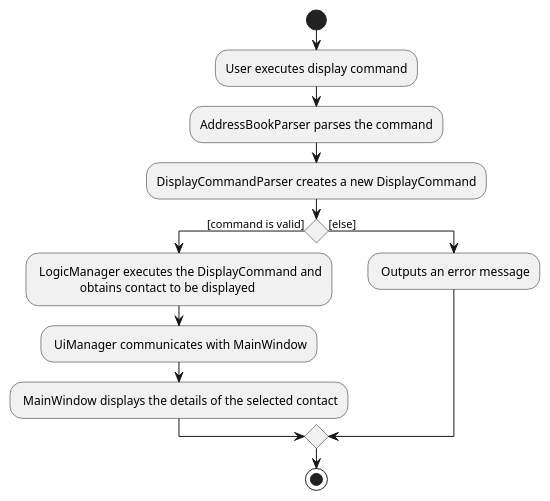
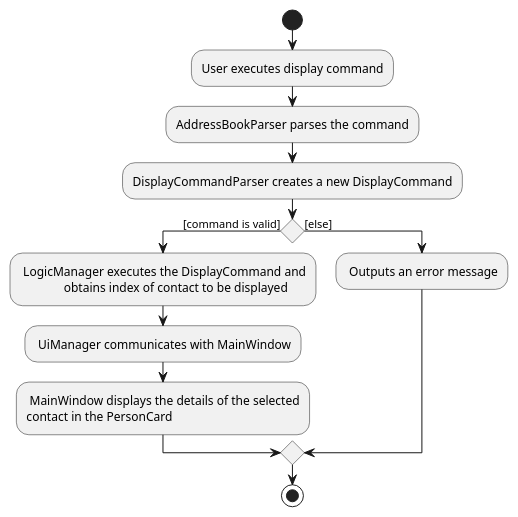
One commit to pranav-ganesh/tp changed the diagram in docs/diagrams/DisplayActivityDiagram.puml. Above: the diagram before and after it, drawn with PlantUML. The commit also changed 2 other files, not shown here.

```diff
--- a/docs/diagrams/DisplayActivityDiagram.puml
+++ b/docs/diagrams/DisplayActivityDiagram.puml
@@ -1,19 +1,20 @@
 @startuml
 start
 :User executes display command;
 
 'Since the beta syntax does not support placing the condition outside the
 'diamond we place it as the true branch instead.
 
 :AddressBookParser parses the command;
 :DisplayCommandParser creates a new DisplayCommand;
 if () then ([command is valid])
     : LogicManager executes the DisplayCommand and
-                  obtains contact to be displayed;
+                  obtains index of contact to be displayed;
     : UiManager communicates with MainWindow;
-        : MainWindow displays the details of the selected contact;
+        : MainWindow displays the details of the selected
+        contact in the PersonCard;
 else ([else])
     : Outputs an error message;
 endif
 stop
 @enduml
```
